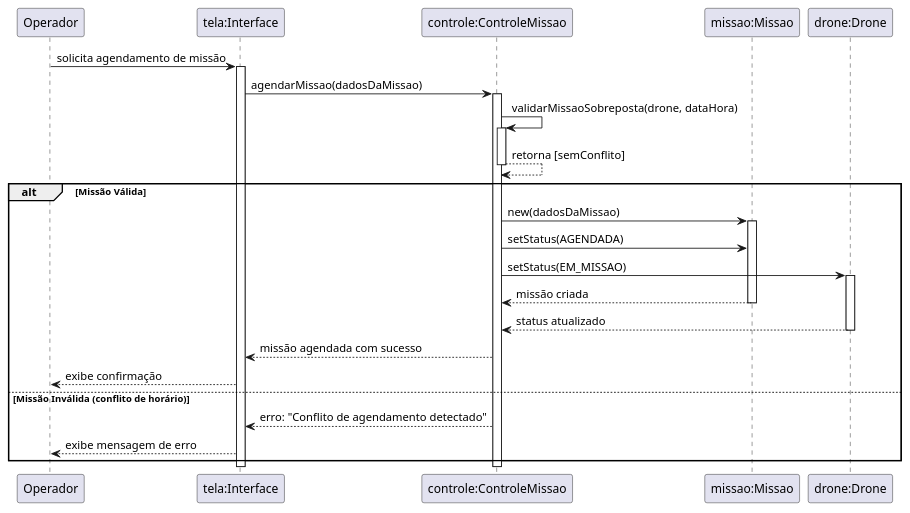
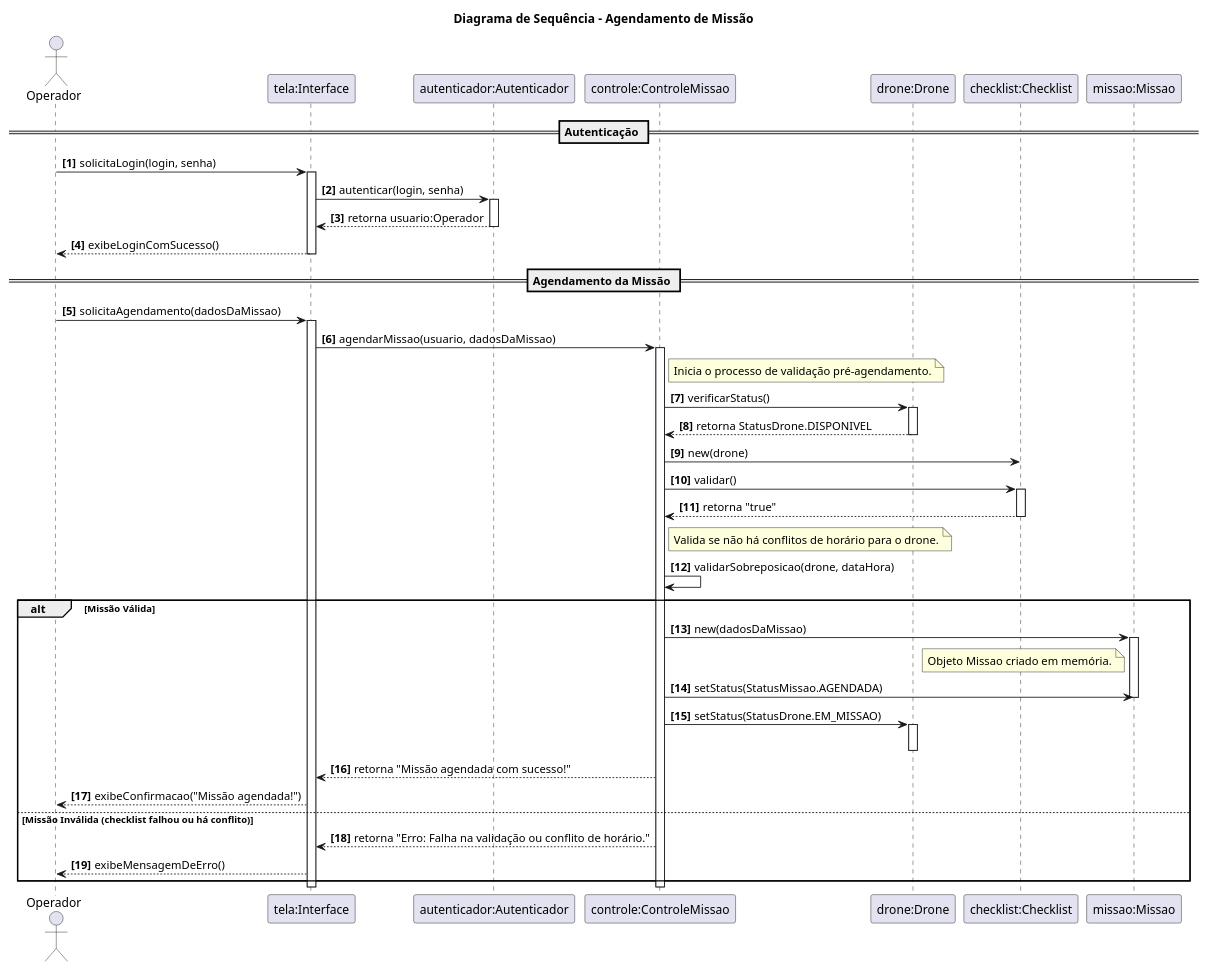
Before and after one commit to Mateuskage10332608/UML-Classroom-FCI: the diagram in docs/DiagramaSequencialInicial.puml, drawn with PlantUML. The commit also changed 16 other files, not shown here.

Commit message:
Diagramas e classe java modificados

```diff
--- a/docs/DiagramaSequencialInicial.puml
+++ b/docs/DiagramaSequencialInicial.puml
@@ -1,45 +1,73 @@
 @startuml
-' Define a ordem dos participantes
-participant Operador
-participant "tela:Interface" as Interface
+' Título do Diagrama
+title Diagrama de Sequência - Agendamento de Missão
+
+' Declaração dos Participantes
+actor Operador
+participant "tela:Interface" as Tela
+participant "autenticador:Autenticador" as Auth
 participant "controle:ControleMissao" as Controle
+participant "drone:Drone" as Drone
+participant "checklist:Checklist" as Checklist
 participant "missao:Missao" as Missao
-participant "drone:Drone" as Drone
 
-' Início da sequência
-Operador -> Interface: solicita agendamento de missão
-activate Interface
+' Início do Fluxo
+autonumber "<b>[0]</b>"
 
-Interface -> Controle: agendarMissao(dadosDaMissao)
+== Autenticação ==
+Operador -> Tela: solicitaLogin(login, senha)
+activate Tela
+Tela -> Auth: autenticar(login, senha)
+activate Auth
+Auth --> Tela: retorna usuario:Operador
+deactivate Auth
+Tela --> Operador: exibeLoginComSucesso()
+deactivate Tela
+
+== Agendamento da Missão ==
+Operador -> Tela: solicitaAgendamento(dadosDaMissao)
+activate Tela
+
+Tela -> Controle: agendarMissao(usuario, dadosDaMissao)
 activate Controle
 
-' Validação de segurança: o drone está disponível e não há conflito de horário?
-Controle -> Controle: validarMissaoSobreposta(drone, dataHora)
-activate Controle
-Controle --> Controle: retorna [semConflito]
-deactivate Controle
+note right of Controle: Inicia o processo de validação pré-agendamento.
+
+Controle -> Drone: verificarStatus()
+activate Drone
+Drone --> Controle: retorna StatusDrone.DISPONIVEL
+deactivate Drone
+
+Controle -> Checklist: new(drone)
+Controle -> Checklist: validar()
+activate Checklist
+Checklist --> Controle: retorna "true"
+deactivate Checklist
+
+note right of Controle: Valida se não há conflitos de horário para o drone.
+Controle -> Controle: validarSobreposicao(drone, dataHora)
 
 alt Missão Válida
-    ' Criação e configuração da missão
     Controle -> Missao: new(dadosDaMissao)
     activate Missao
-    Controle -> Missao: setStatus(AGENDADA)
-    Controle -> Drone: setStatus(EM_MISSAO)
+    note left of Missao: Objeto Missao criado em memória.
+
+    Controle -> Missao: setStatus(StatusMissao.AGENDADA)
+    deactivate Missao
+
+    Controle -> Drone: setStatus(StatusDrone.EM_MISSAO)
     activate Drone
-    
-    Missao --> Controle: missão criada
-    deactivate Missao
-    Drone --> Controle: status atualizado
     deactivate Drone
-    
-    Controle --> Interface: missão agendada com sucesso
-    Interface --> Operador: exibe confirmação
 
-else Missão Inválida (conflito de horário)
-    Controle --> Interface: erro: "Conflito de agendamento detectado"
-    Interface --> Operador: exibe mensagem de erro
+    Controle --> Tela: retorna "Missão agendada com sucesso!"
+    Tela --> Operador: exibeConfirmacao("Missão agendada!")
+
+else Missão Inválida (checklist falhou ou há conflito)
+    Controle --> Tela: retorna "Erro: Falha na validação ou conflito de horário."
+    Tela --> Operador: exibeMensagemDeErro()
 end
 
 deactivate Controle
-deactivate Interface
+deactivate Tela
+
 @enduml
```
